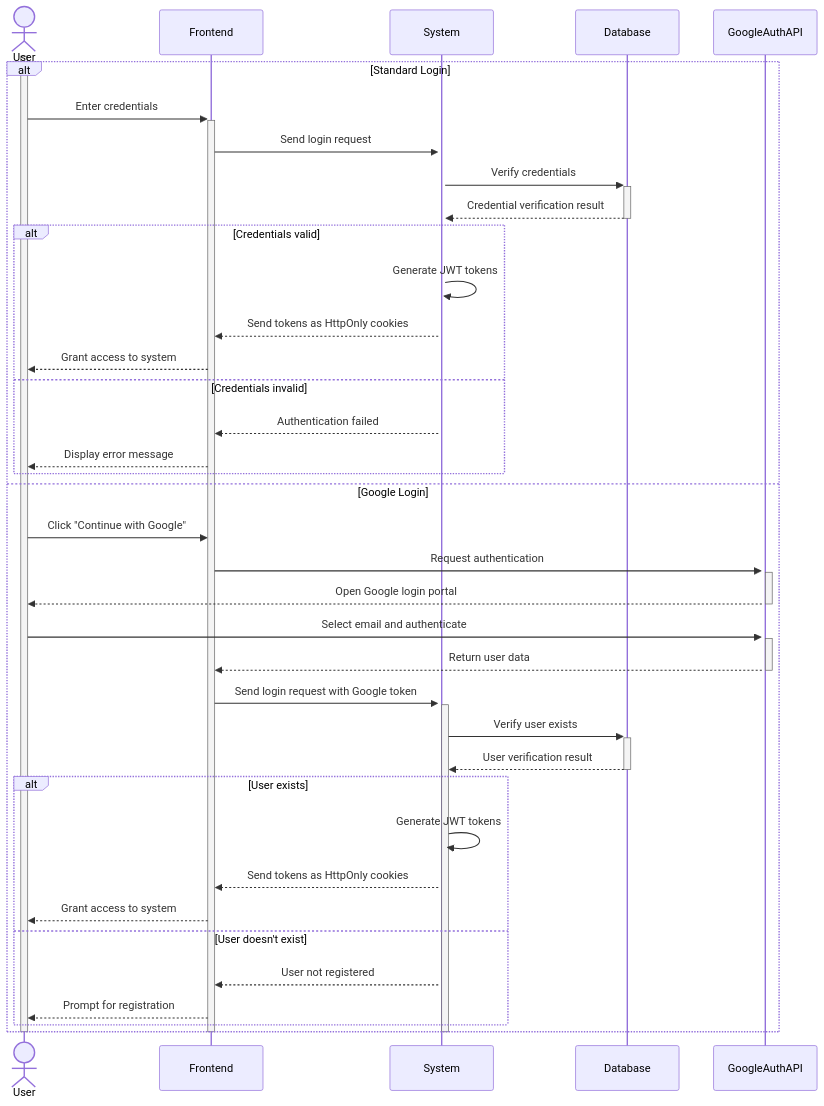
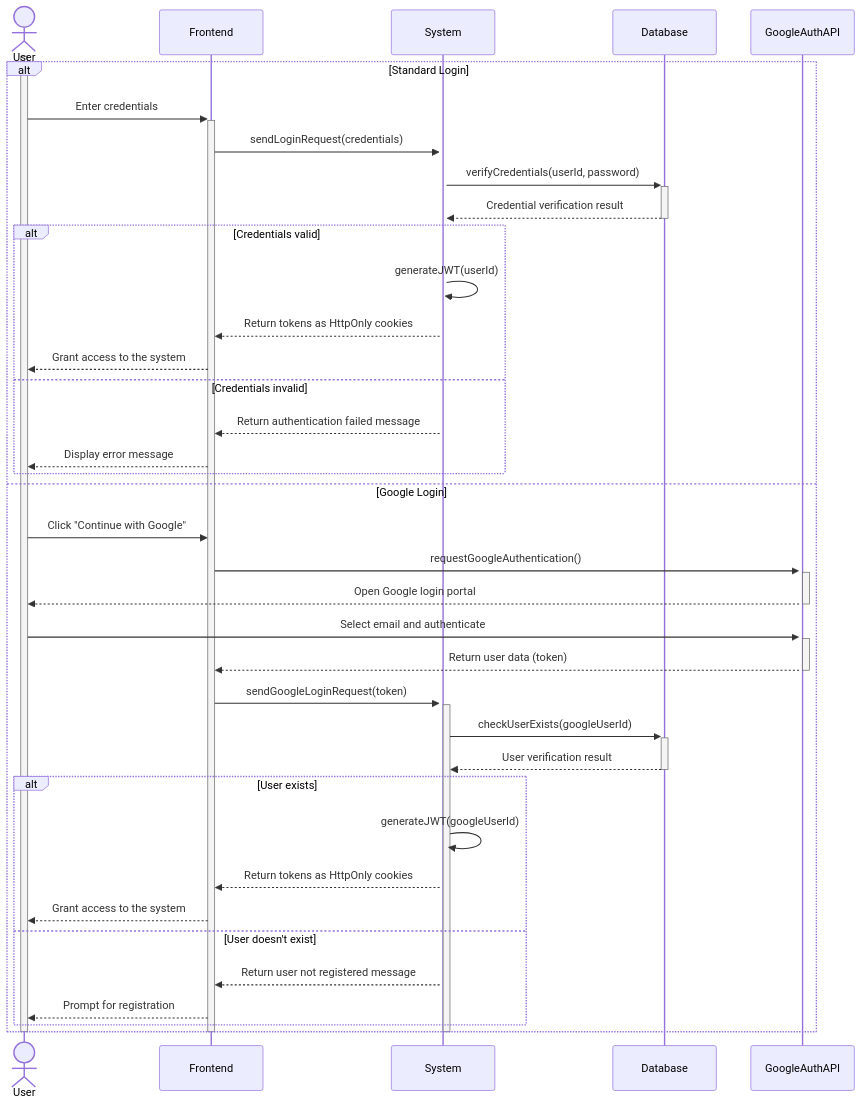
Before and after one commit to Shaar03/Diagrams: the diagram in login.mermaid, drawn with Mermaid.

Commit message:
new thing now, methods :)

```diff
--- a/login.mermaid
+++ b/login.mermaid
@@ -1,44 +1,44 @@
 sequenceDiagram
     actor User
     participant Frontend
     participant System
     participant Database
     participant GoogleAuthAPI
 
     activate User
     alt Standard Login
         User->>+Frontend: Enter credentials
-        Frontend->>+System: Send login request
-        System->>+Database: Verify credentials
+        Frontend->>+System: sendLoginRequest(credentials)
+        System->>+Database: verifyCredentials(userId, password)
         Database-->>-System: Credential verification result
         alt Credentials valid
-            System->>System: Generate JWT tokens
-            System-->>Frontend: Send tokens as HttpOnly cookies
-            Frontend-->>User: Grant access to system
+            System->>System: generateJWT(userId)
+            System-->>Frontend: Return tokens as HttpOnly cookies
+            Frontend-->>User: Grant access to the system
         else Credentials invalid
-            System-->>Frontend: Authentication failed
+            System-->>Frontend: Return authentication failed message
             Frontend-->>User: Display error message
         end
     else Google Login
         User->>Frontend: Click "Continue with Google"
-        Frontend->>+GoogleAuthAPI: Request authentication
+        Frontend->>+GoogleAuthAPI: requestGoogleAuthentication()
         activate GoogleAuthAPI
         GoogleAuthAPI-->>User: Open Google login portal
         deactivate GoogleAuthAPI
         User->>+GoogleAuthAPI: Select email and authenticate
-        GoogleAuthAPI-->>-Frontend: Return user data
-        Frontend->>+System: Send login request with Google token
-        System->>+Database: Verify user exists
+        GoogleAuthAPI-->>-Frontend: Return user data (token)
+        Frontend->>+System: sendGoogleLoginRequest(token)
+        System->>+Database: checkUserExists(googleUserId)
         Database-->>-System: User verification result
         alt User exists
-            System->>System: Generate JWT tokens
-            System-->>Frontend: Send tokens as HttpOnly cookies
-            Frontend-->>User: Grant access to system
+            System->>System: generateJWT(googleUserId)
+            System-->>Frontend: Return tokens as HttpOnly cookies
+            Frontend-->>User: Grant access to the system
         else User doesn't exist
-            System-->>Frontend: User not registered
+            System-->>Frontend: Return user not registered message
             Frontend-->>User: Prompt for registration
         end
     end
     deactivate System
     deactivate Frontend
     deactivate User
```
